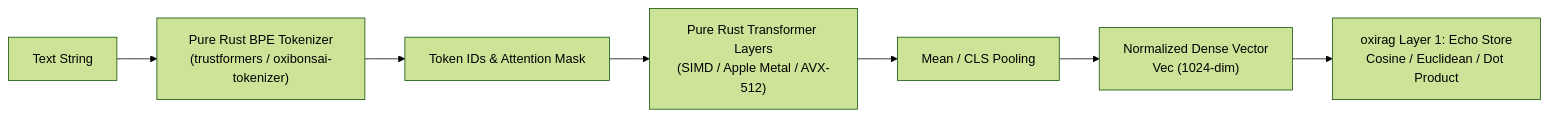
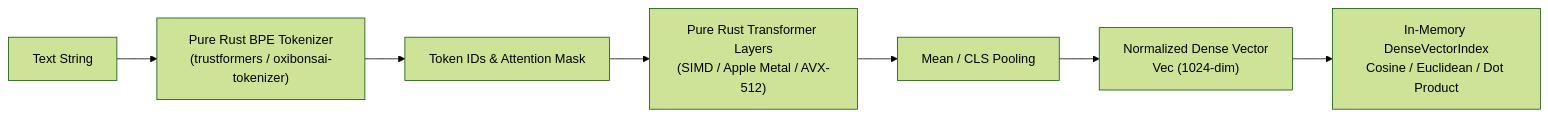
The first of 2 diagrams in doc/08_Neural_and_Multimodal_Embeddings.md (yasuomaidana/embedag), drawn with Mermaid (forest theme) before and after one commit. The commit also changed other lines of this file and 42 other files, not shown here.

````diff
--- a/doc/08_Neural_and_Multimodal_Embeddings.md
+++ b/doc/08_Neural_and_Multimodal_Embeddings.md
@@ -33,9 +33,9 @@
 ```mermaid
 flowchart LR
     Text["Text String"] --> Tokenizer["Pure Rust BPE Tokenizer<br/>(trustformers / oxibonsai-tokenizer)"]
     Tokenizer --> Tokens["Token IDs & Attention Mask"]
     Tokens --> Layers["Pure Rust Transformer Layers<br/>(SIMD / Apple Metal / AVX-512)"]
     Layers --> Pooling["Mean / CLS Pooling"]
     Pooling --> Vector["Normalized Dense Vector<br/>Vec<f32> (1024-dim)"]
-    Vector --> EchoStore["oxirag Layer 1: Echo Store<br/>Cosine / Euclidean / Dot Product"]
+    Vector --> EchoStore["In-Memory DenseVectorIndex<br/>Cosine / Euclidean / Dot Product"]
 ```
````
